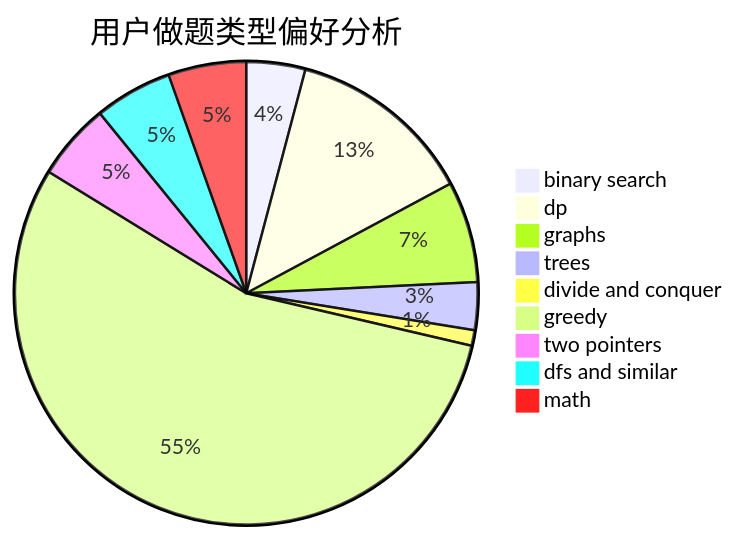
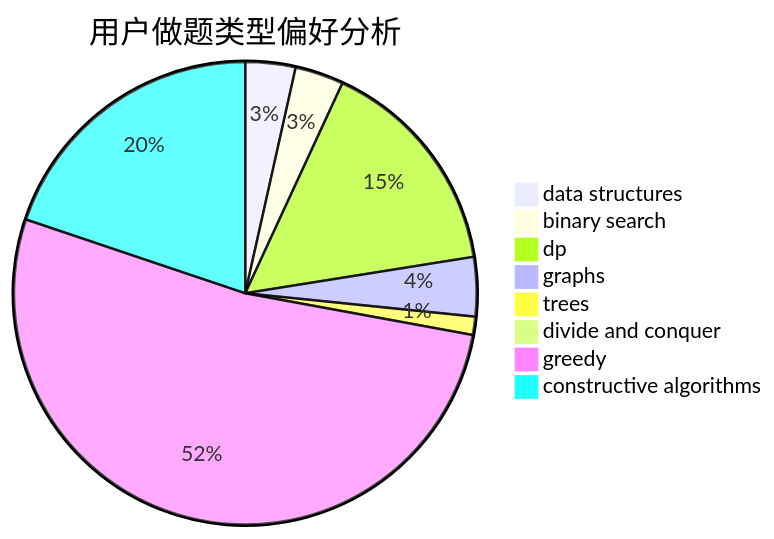
One commit to sherpahu/cfrs.github.io changed the second of 3 diagrams in docs/user/u122.md. Above: the diagram before and after it, drawn with Mermaid. The commit also changed other lines of this file and 2775 other files, not shown here.

````diff
--- a/docs/user/u122.md
+++ b/docs/user/u122.md
@@ -23,12 +23,11 @@
 ```mermaid
 pie title 用户做题类型偏好分析
-    "binary search" :  53
-    "dp" :  168
-    "graphs" :  91
-    "trees" :  43
-    "divide and conquer" :  14
-    "greedy" :  710
-    "two pointers" :  69
-    "dfs and similar" :  70
-    "math" :  70
+    "data structures" :  33
+    "binary search" :  32
+    "dp" :  147
+    "graphs" :  39
+    "trees" :  12
+    "divide and conquer" :  9
+    "greedy" :  493
+    "constructive algorithms" :  187
 ```
````
